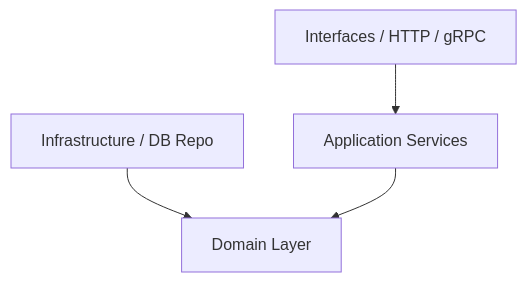
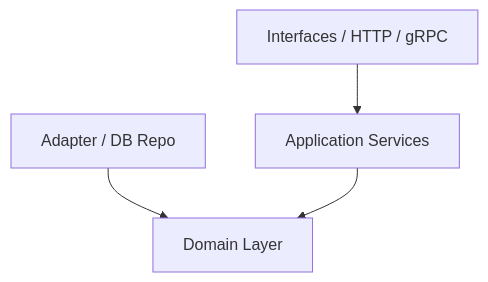
Before and after one commit to bagusyanuar/hris-backend: the diagram in .agents/rules/architecture.md, drawn with Mermaid. The commit also changed other lines of this file and 15 other files, not shown here.

First line of the commit message:
refactor(structure): rename infrastructure layer to adapter (auth, user)

````diff
--- a/.agents/rules/architecture.md
+++ b/.agents/rules/architecture.md
@@ -59,6 +61,6 @@
 ```mermaid
 graph TD
     Interfaces[Interfaces / HTTP / gRPC] --> Application[Application Services]
-    Infrastructure[Infrastructure / DB Repo] --> Domain[Domain Layer]
+    Adapter[Adapter / DB Repo] --> Domain[Domain Layer]
     Application --> Domain
 ```
````
